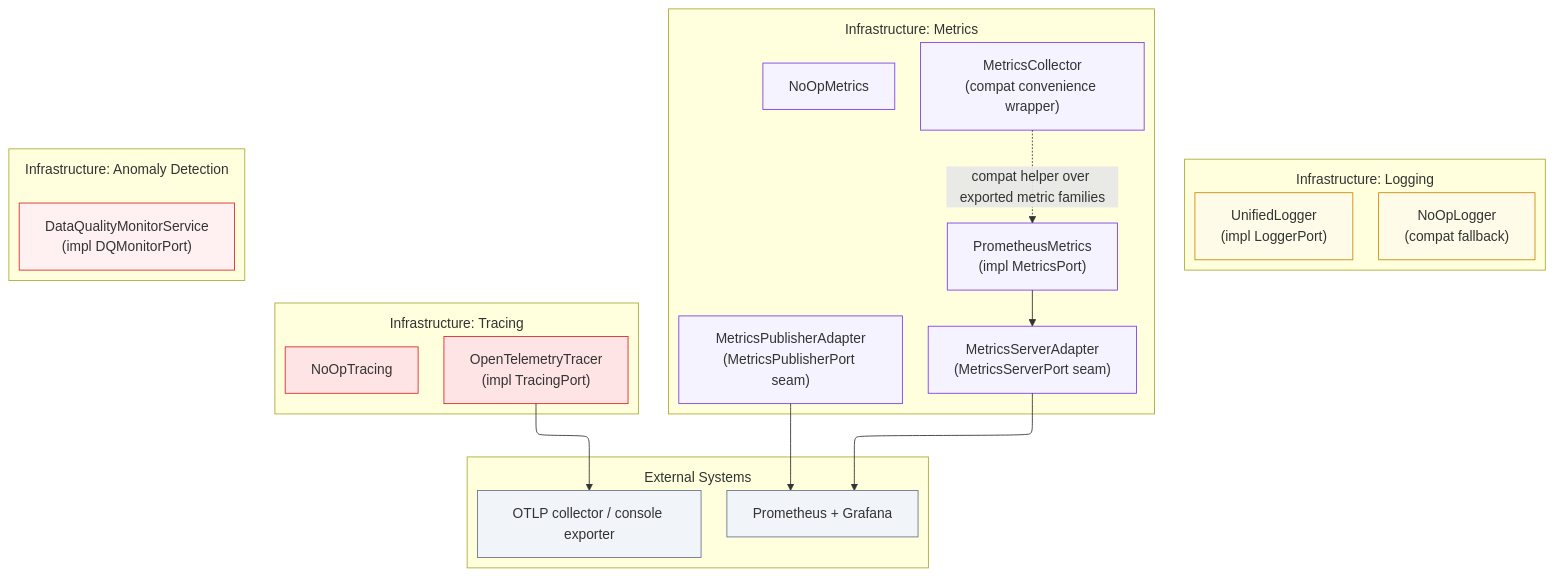
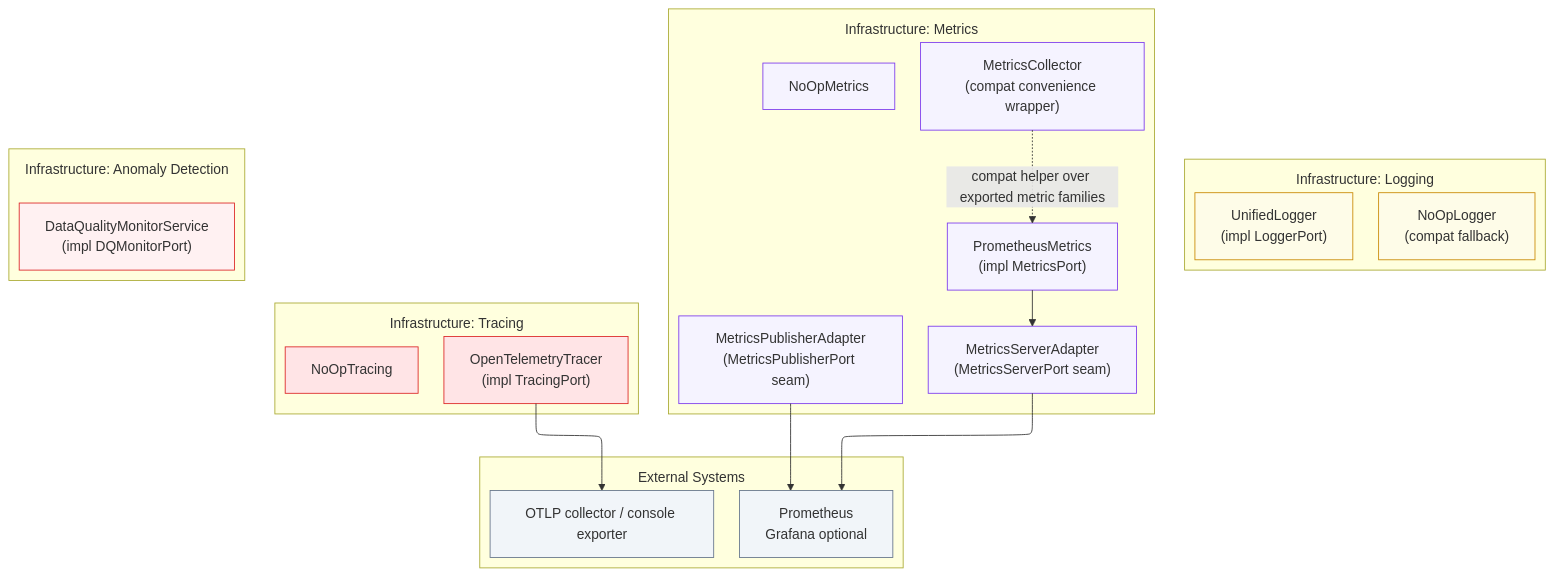
The diagram in docs/02-architecture/diagrams/architecture/09b-observability-infra.mmd (SatoryKono/BioactivityDataAcquisition), drawn with Mermaid before and after one commit. The commit also changed 46 other files, not shown here.

First line of the commit message:
fix: align NDA P2 docs, diagrams, mapper Port, and Prometheus settings

```diff
--- a/docs/02-architecture/diagrams/architecture/09b-observability-infra.mmd
+++ b/docs/02-architecture/diagrams/architecture/09b-observability-infra.mmd
@@ -1,68 +1,68 @@
 %% BioETL — Observability: Infrastructure Layer
 %% Infrastructure implementations: logging, metrics, tracing, anomaly detection, external systems.
 
 %% @version 1.1.0
 %% @date    2026-04-12
 %% @type    flowchart
 %% @level   System / Component
 %% @view    observability-infra
 %% @parent  09-observability-stack.mmd
 %% @nodes   12
 %%{init: {
   'flowchart': {
     'subGraphTitleMargin': { 'top': 12, 'bottom': 12 }
   },
   'layout': 'elk',
   'elk': {
     'mergeEdges': true,
     'nodePlacementStrategy': 'BRANDES_KOEPF',
     'edgeRouting': 'ORTHOGONAL'
   }
 }}%%
 graph TB
     subgraph InfraLogging["Infrastructure: Logging"]
         UL["UnifiedLogger<br/>(impl LoggerPort)"]:::size-sm
         NOL["NoOpLogger<br/>(compat fallback)"]:::size-sm
     end
 
     subgraph InfraMetrics["Infrastructure: Metrics"]
         PM["PrometheusMetrics<br/>(impl MetricsPort)"]:::size-sm
         MSA["MetricsServerAdapter<br/>(MetricsServerPort seam)"]:::size-sm
         MPA["MetricsPublisherAdapter<br/>(MetricsPublisherPort seam)"]:::size-sm
         MC["MetricsCollector<br/>(compat convenience wrapper)"]:::size-sm
         NOM["NoOpMetrics"]:::size-sm
     end
 
     subgraph InfraTracing["Infrastructure: Tracing"]
         OTT["OpenTelemetryTracer<br/>(impl TracingPort)"]:::size-sm
         NOT["NoOpTracing"]:::size-sm
     end
 
     subgraph InfraAnomaly["Infrastructure: Anomaly Detection"]
         DQM["DataQualityMonitorService<br/>(impl DQMonitorPort)"]:::size-sm
     end
 
     subgraph External["External Systems"]
-        PROM["Prometheus + Grafana"]:::size-sm
+        PROM["Prometheus<br/>Grafana optional"]:::size-sm
         OTEL_COL["OTLP collector / console exporter"]:::size-sm
     end
 
     %% Metrics to external
     PM --> MSA --> PROM
     MPA --> PROM
     MC -.compat helper over exported metric families.-> PM
 
     %% Tracing to external
     OTT --> OTEL_COL
 
     classDef logging fill:#fefce8,stroke:#ca8a04
     classDef metrics fill:#f5f3ff,stroke:#7c3aed
     classDef tracing fill:#ffe4e6,stroke:#dc2626
     classDef anomaly fill:#fff1f2,stroke:#dc2626
     classDef ext fill:#f1f5f9,stroke:#64748b
 
     class UL,NOL logging
     class PM,MSA,MPA,MC,NOM metrics
     class OTT,NOT tracing
     class DQM anomaly
     class PROM,OTEL_COL ext
```
